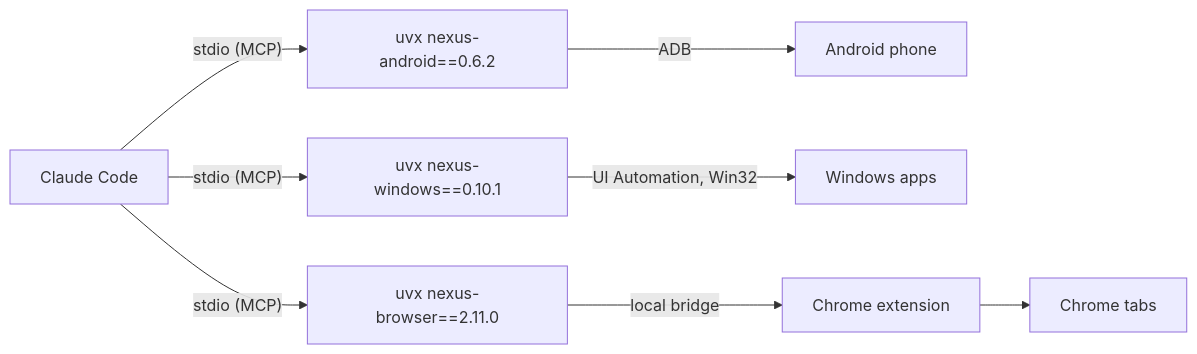
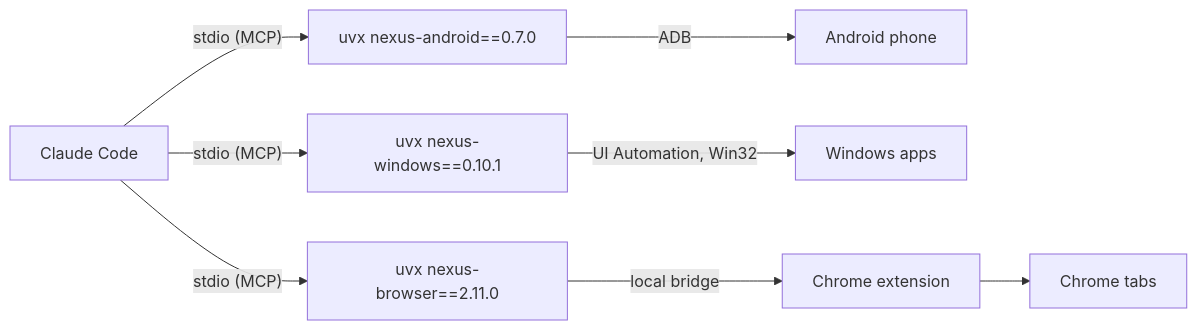
Before and after one commit to pironjulien/NexusSystem: the diagram in README.md, drawn with Mermaid. The commit also changed 7 other files, not shown here.

Commit message:
Update to 1.2.2: nexus-android 0.7.0

````diff
--- a/README.md
+++ b/README.md
@@ -48,6 +48,6 @@
 ```mermaid
 flowchart LR
-    C["Claude Code"] -- "stdio (MCP)" --> A["uvx nexus-android==0.6.2"] -- ADB --> P["Android phone"]
+    C["Claude Code"] -- "stdio (MCP)" --> A["uvx nexus-android==0.7.0"] -- ADB --> P["Android phone"]
     C -- "stdio (MCP)" --> W["uvx nexus-windows==0.10.1"] -- "UI Automation, Win32" --> D["Windows apps"]
     C -- "stdio (MCP)" --> B["uvx nexus-browser==2.11.0"] -- "local bridge" --> E["Chrome extension"] --> T["Chrome tabs"]
 ```
````
